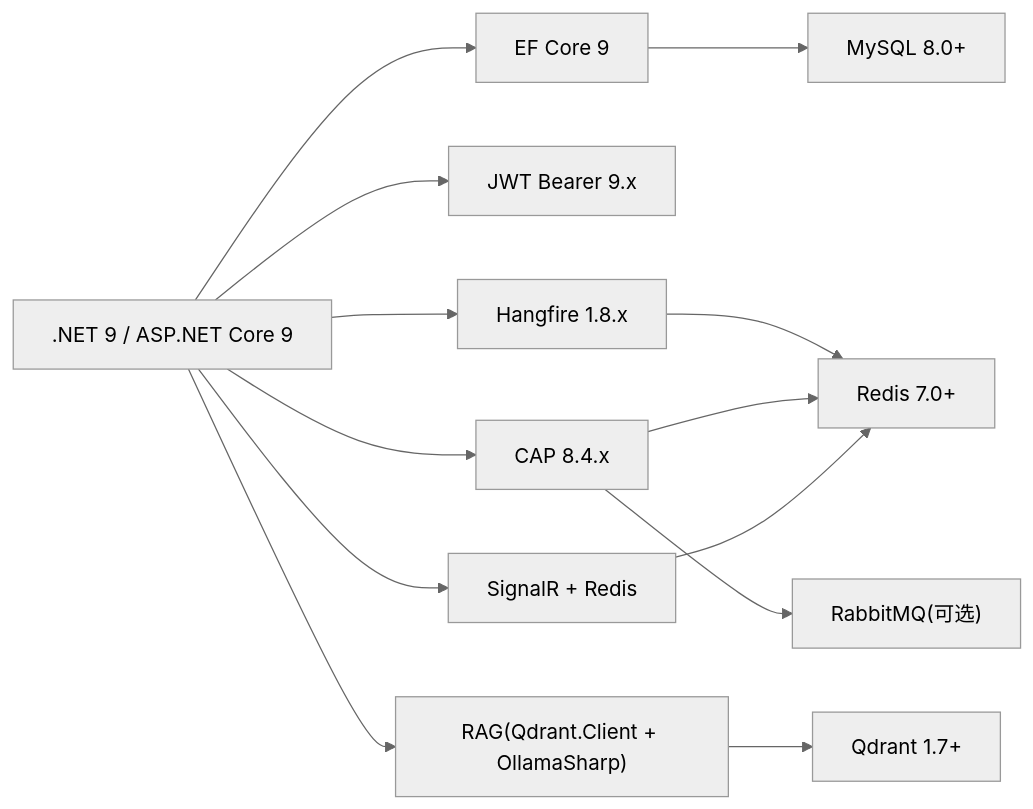
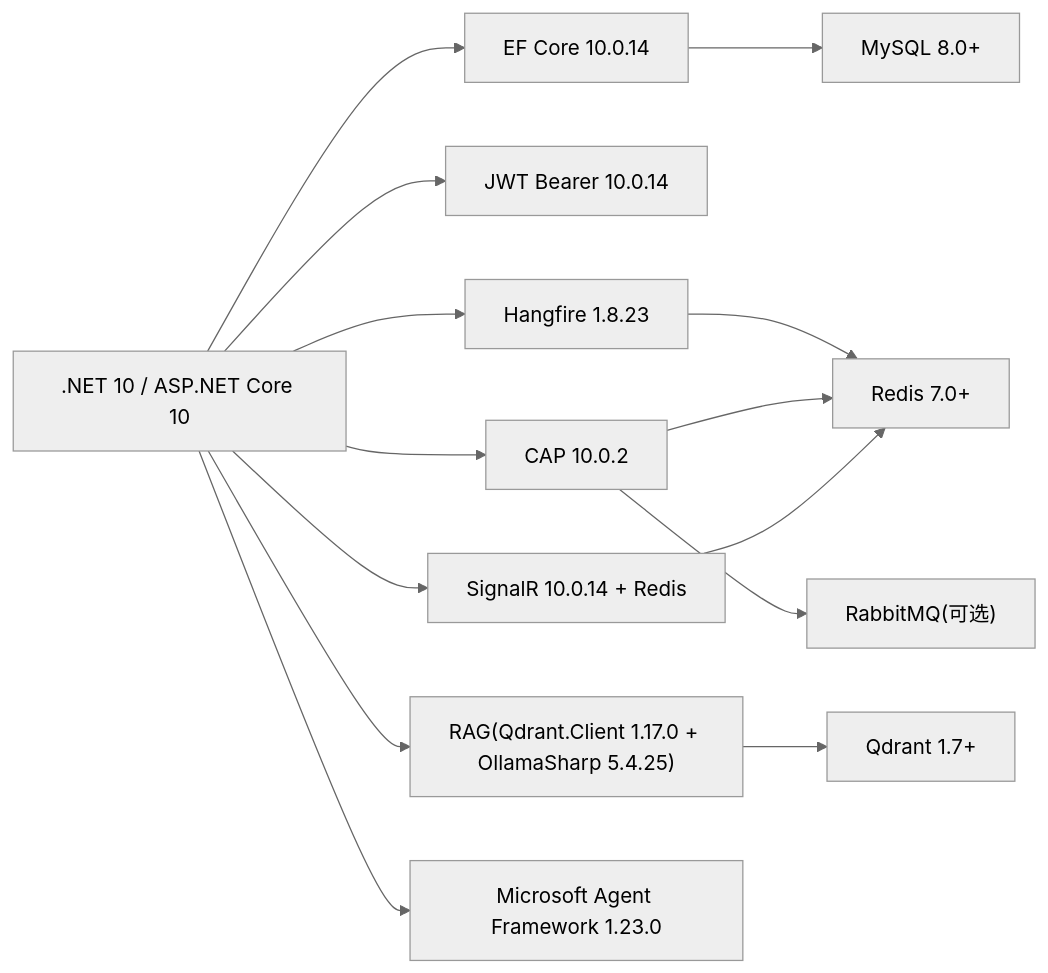
Before and after one commit to junkai-li/NetCoreKevin: the third of 3 diagrams in .qoder/repowiki/zh/content/项目概述/技术栈概览.md, drawn with Mermaid (neutral theme). The commit also changed other lines of this file and 54 other files, not shown here.

````diff
--- a/.qoder/repowiki/zh/content/项目概述/技术栈概览.md
+++ b/.qoder/repowiki/zh/content/项目概述/技术栈概览.md
@@ -227,15 +259,16 @@
 ```mermaid
 graph LR
-API[".NET 9 / ASP.NET Core 9"] --> EF["EF Core 9"]
-API --> JWT["JWT Bearer 9.x"]
-API --> HF["Hangfire 1.8.x"]
-API --> CAP["CAP 8.4.x"]
-API --> SR["SignalR + Redis"]
-API --> RAG["RAG(Qdrant.Client + OllamaSharp)"]
+API[".NET 10 / ASP.NET Core 10"] --> EF["EF Core 10.0.14"]
+API --> JWT["JWT Bearer 10.0.14"]
+API --> HF["Hangfire 1.8.23"]
+API --> CAP["CAP 10.0.2"]
+API --> SR["SignalR 10.0.14 + Redis"]
+API --> RAG["RAG(Qdrant.Client 1.17.0 + OllamaSharp 5.4.25)"]
+API --> AI["Microsoft Agent Framework 1.23.0"]
 EF --> DB["MySQL 8.0+"]
 HF --> REDIS["Redis 7.0+"]
 CAP --> MQ["RabbitMQ(可选)"]
 CAP --> REDIS
 SR --> REDIS
 RAG --> QDRANT["Qdrant 1.7+"]
 ```
````
